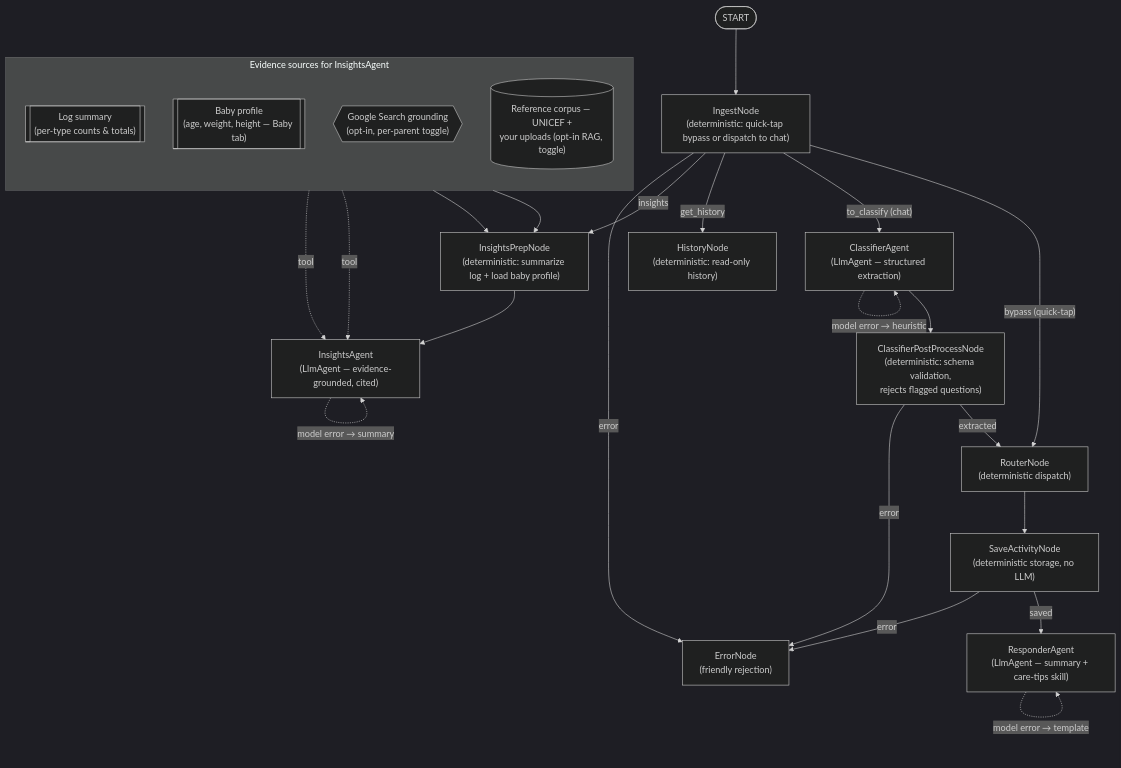
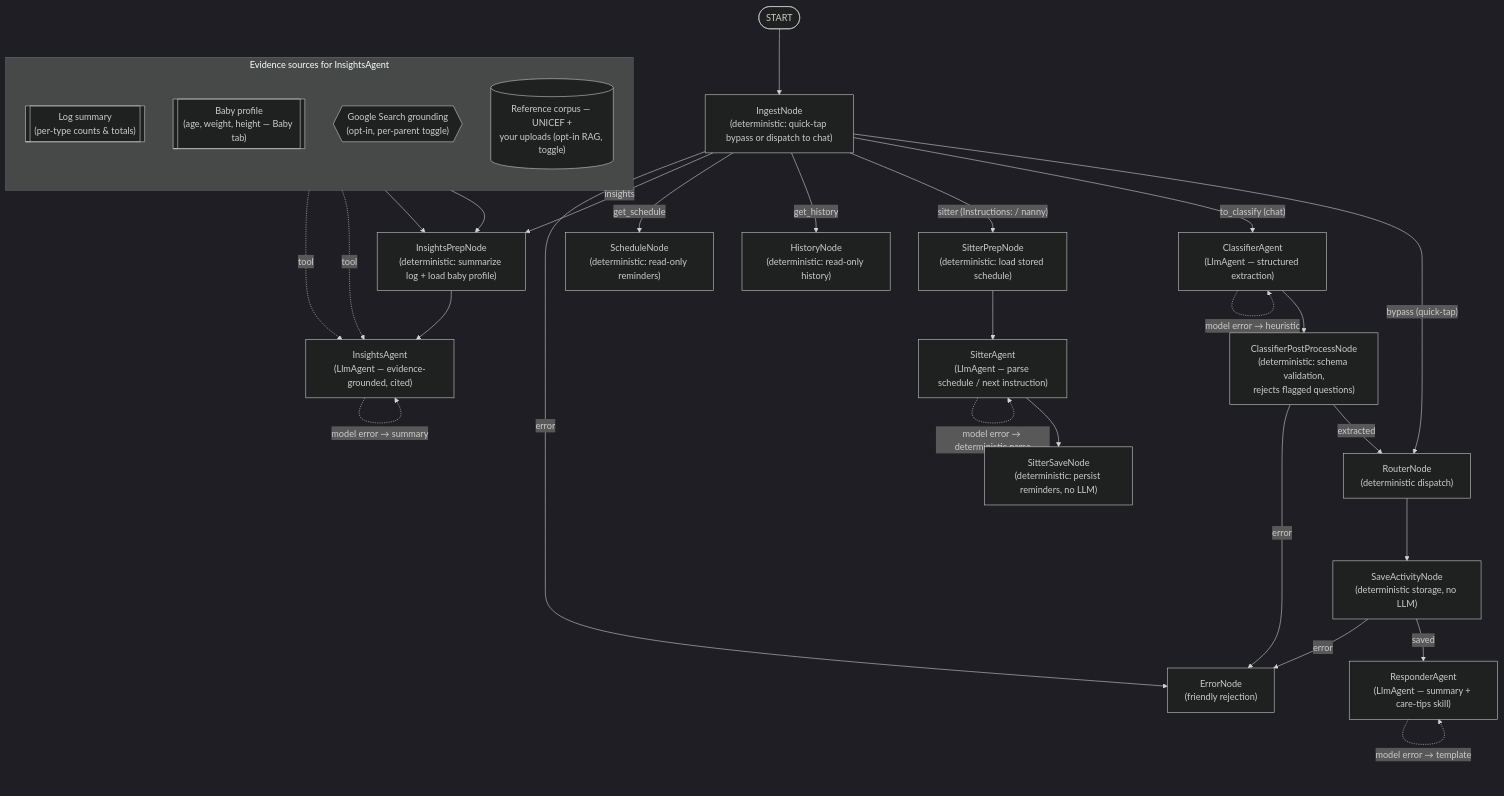
Before and after one commit to oslinin/nanny: the diagram in README.md, drawn with Mermaid (dark theme). The commit also changed other lines of this file and 10 other files, not shown here.

First line of the commit message:
Add SitterAgent: proactive schedule reminders for the human nanny

````diff
--- a/README.md
+++ b/README.md
@@ -21,45 +28,54 @@
 ```mermaid
 flowchart TD
     START([START])
     Ingest["IngestNode<br>(deterministic: quick-tap bypass or dispatch to chat)"]
     Classifier["ClassifierAgent<br>(LlmAgent — structured extraction)"]
     Postprocess["ClassifierPostProcessNode<br>(deterministic: schema validation,<br>rejects flagged questions)"]
     Router["RouterNode<br>(deterministic dispatch)"]
     Save["SaveActivityNode<br>(deterministic storage, no LLM)"]
     Responder["ResponderAgent<br>(LlmAgent — summary + care-tips skill)"]
     History["HistoryNode<br>(deterministic: read-only history)"]
+    Schedule["ScheduleNode<br>(deterministic: read-only reminders)"]
     InsightsPrep["InsightsPrepNode<br>(deterministic: summarize log + load baby profile)"]
     Insights["InsightsAgent<br>(LlmAgent — evidence-grounded, cited)"]
+    SitterPrep["SitterPrepNode<br>(deterministic: load stored schedule)"]
+    Sitter["SitterAgent<br>(LlmAgent — parse schedule / next instruction)"]
+    SitterSave["SitterSaveNode<br>(deterministic: persist reminders, no LLM)"]
     ErrorNode["ErrorNode<br>(friendly rejection)"]
 
     START --> Ingest
     Ingest -- "bypass (quick-tap)" --> Router
     Ingest -- "to_classify (chat)" --> Classifier
+    Ingest -- "sitter (Instructions: / nanny)" --> SitterPrep
     Ingest -- "get_history" --> History
+    Ingest -- "get_schedule" --> Schedule
     Ingest -- "insights" --> InsightsPrep
     InsightsPrep --> Insights
+    SitterPrep --> Sitter
+    Sitter --> SitterSave
     Ingest -- "error" --> ErrorNode
     Classifier --> Postprocess
     Postprocess -- "extracted" --> Router
     Postprocess -- "error" --> ErrorNode
     Router --> Save
     Save -- "saved" --> Responder
     Save -- "error" --> ErrorNode
 
     subgraph Sources["Evidence sources for InsightsAgent"]
         direction TB
         LogSummary[["Log summary<br>(per-type counts & totals)"]]
         BabyProfile[["Baby profile<br>(age, weight, height — Baby tab)"]]
         GoogleSearch{{"Google Search grounding<br>(opt-in, per-parent toggle)"}}
         RefCorpus[("Reference corpus — UNICEF +<br>your uploads (opt-in RAG, toggle)")]
     end
 
     LogSummary --> InsightsPrep
     BabyProfile --> InsightsPrep
     GoogleSearch -. "tool" .-> Insights
     RefCorpus -. "tool" .-> Insights
 
     Classifier -. "model error → heuristic" .-> Classifier
     Responder -. "model error → template" .-> Responder
     Insights -. "model error → summary" .-> Insights
+    Sitter -. "model error → deterministic parse" .-> Sitter
 ```
````
